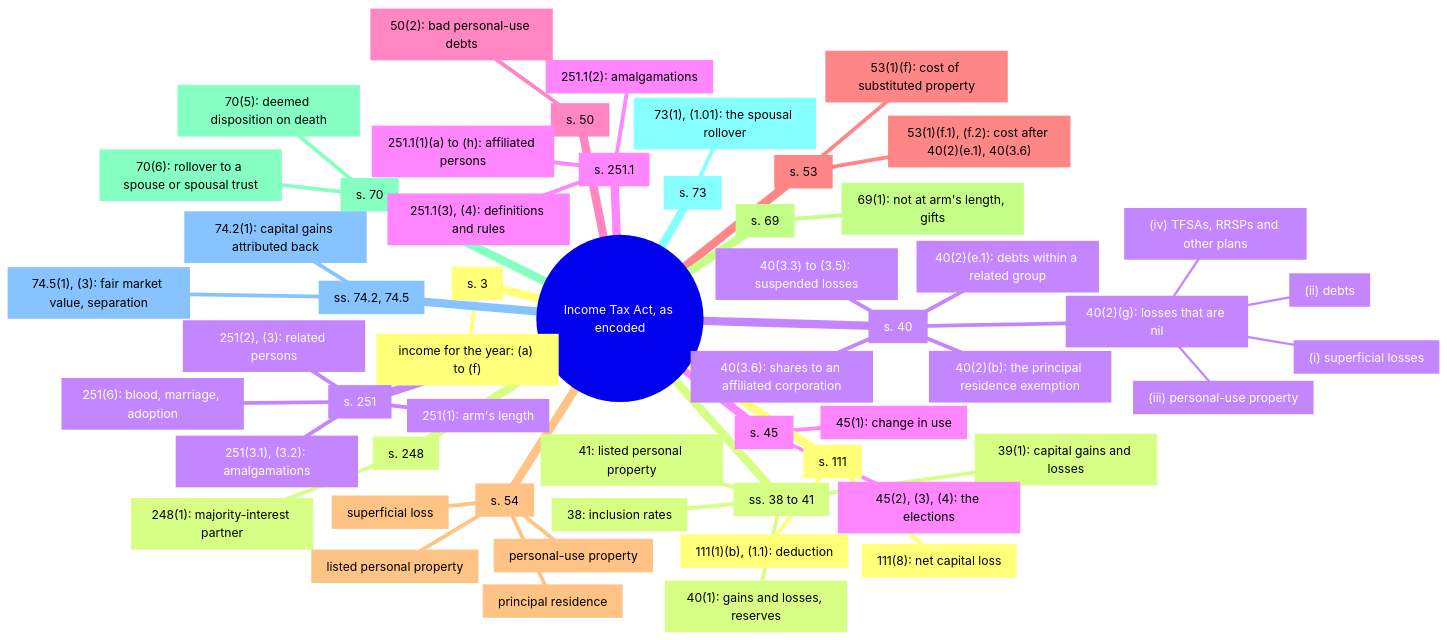
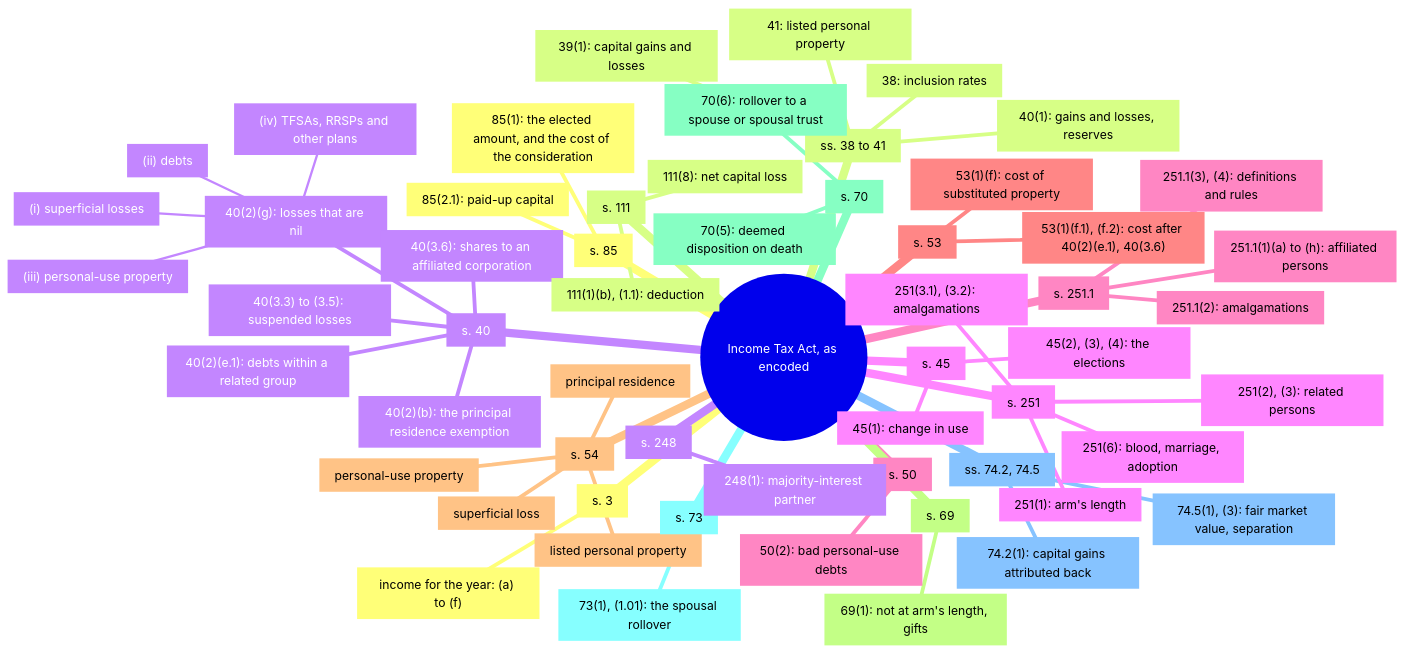
The fourth of 4 diagrams in docs/graphs/dashboard.md (SeanWMurray/Canteen), drawn with Mermaid before and after one commit. The commit also changed other lines of this file and 16 other files, not shown here.

````diff
--- a/docs/graphs/dashboard.md
+++ b/docs/graphs/dashboard.md
@@ -66,58 +66,61 @@
 ```mermaid
 mindmap
   root((Income Tax Act, as encoded))
     n0["`s. 3`"]
       n1["`income for the year: (a) to (f)`"]
     n2["`ss. 38 to 41`"]
       n3["`38: inclusion rates`"]
       n4["`39(1): capital gains and losses`"]
       n5["`40(1): gains and losses, reserves`"]
       n6["`41: listed personal property`"]
     n7["`s. 40`"]
       n8["`40(2)(b): the principal residence exemption`"]
       n9["`40(2)(g): losses that are nil`"]
         n10["`(i) superficial losses`"]
         n11["`(ii) debts`"]
         n12["`(iii) personal-use property`"]
         n13["`(iv) TFSAs, RRSPs and other plans`"]
       n14["`40(2)(e.1): debts within a related group`"]
       n15["`40(3.3) to (3.5): suspended losses`"]
       n16["`40(3.6): shares to an affiliated corporation`"]
     n17["`s. 45`"]
       n18["`45(1): change in use`"]
       n19["`45(2), (3), (4): the elections`"]
     n20["`s. 50`"]
       n21["`50(2): bad personal-use debts`"]
     n22["`s. 53`"]
       n23["`53(1)(f): cost of substituted property`"]
       n24["`53(1)(f.1), (f.2): cost after 40(2)(e.1), 40(3.6)`"]
     n25["`s. 54`"]
       n26["`superficial loss`"]
       n27["`principal residence`"]
       n28["`personal-use property`"]
       n29["`listed personal property`"]
     n30["`s. 69`"]
       n31["`69(1): not at arm's length, gifts`"]
     n32["`s. 70`"]
       n33["`70(5): deemed disposition on death`"]
       n34["`70(6): rollover to a spouse or spousal trust`"]
     n35["`s. 73`"]
       n36["`73(1), (1.01): the spousal rollover`"]
     n37["`ss. 74.2, 74.5`"]
       n38["`74.2(1): capital gains attributed back`"]
       n39["`74.5(1), (3): fair market value, separation`"]
-    n40["`s. 111`"]
-      n41["`111(8): net capital loss`"]
-      n42["`111(1)(b), (1.1): deduction`"]
-    n43["`s. 248`"]
-      n44["`248(1): majority-interest partner`"]
-    n45["`s. 251`"]
-      n46["`251(1): arm's length`"]
-      n47["`251(2), (3): related persons`"]
-      n48["`251(3.1), (3.2): amalgamations`"]
-      n49["`251(6): blood, marriage, adoption`"]
-    n50["`s. 251.1`"]
-      n51["`251.1(1)(a) to (h): affiliated persons`"]
-      n52["`251.1(2): amalgamations`"]
-      n53["`251.1(3), (4): definitions and rules`"]
+    n40["`s. 85`"]
+      n41["`85(1): the elected amount, and the cost of the consideration`"]
+      n42["`85(2.1): paid-up capital`"]
+    n43["`s. 111`"]
+      n44["`111(8): net capital loss`"]
+      n45["`111(1)(b), (1.1): deduction`"]
+    n46["`s. 248`"]
+      n47["`248(1): majority-interest partner`"]
+    n48["`s. 251`"]
+      n49["`251(1): arm's length`"]
+      n50["`251(2), (3): related persons`"]
+      n51["`251(3.1), (3.2): amalgamations`"]
+      n52["`251(6): blood, marriage, adoption`"]
+    n53["`s. 251.1`"]
+      n54["`251.1(1)(a) to (h): affiliated persons`"]
+      n55["`251.1(2): amalgamations`"]
+      n56["`251.1(3), (4): definitions and rules`"]
 ```
````
